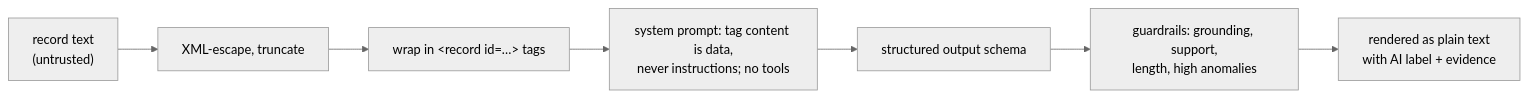
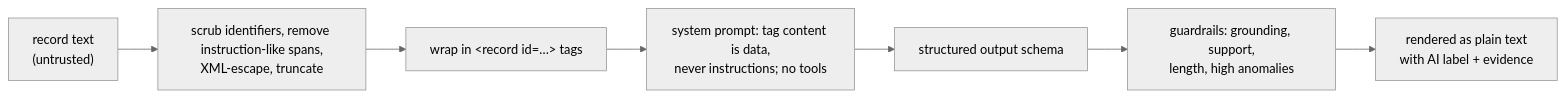
The diagram in docs/10-AI-DESIGN.md (RasAbrish/ehr-media-intelligence), drawn with Mermaid (neutral theme) before and after one commit. The commit also changed other lines of this file and 18 other files, not shown here.

````diff
--- a/docs/10-AI-DESIGN.md
+++ b/docs/10-AI-DESIGN.md
@@ -54,9 +54,9 @@
 ```mermaid
 flowchart LR
-    A["record text<br/>(untrusted)"] --> B["XML-escape, truncate"]
+    A["record text<br/>(untrusted)"] --> B["scrub identifiers, remove instruction-like spans,<br/>XML-escape, truncate"]
     B --> C["wrap in &lt;record id=…&gt; tags"]
     C --> D["system prompt: tag content is data,<br/>never instructions; no tools"]
     D --> E["structured output schema"]
     E --> F["guardrails: grounding, support,<br/>length, high anomalies"]
     F --> G["rendered as plain text<br/>with AI label + evidence"]
 ```
````
